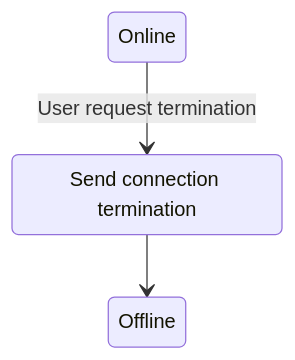
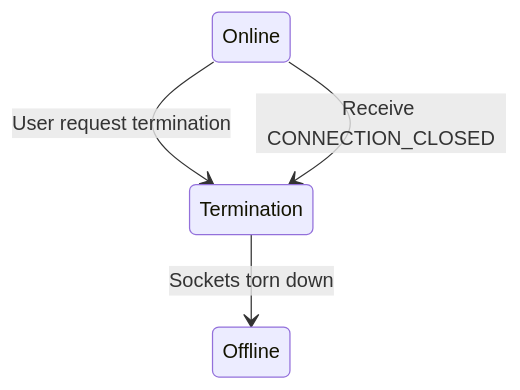
The third of 4 diagrams in RFC.md (UQAC-Homework/8djv104_tp2), drawn with Mermaid before and after one commit. The commit also changed other lines of this file, not shown here.

Commit message:
client disconnect

````diff
--- a/RFC.md
+++ b/RFC.md
@@ -548,11 +548,6 @@
 ```mermaid
----
-title:
----
 stateDiagram-v2
-	Offline
-	Online
-	Termination: Send connection termination
-	Online --> Termination: User request termination
-	Termination --> Offline
+    Online --> Termination: User request termination
+    Online --> Termination: Receive CONNECTION_CLOSED
+    Termination --> Offline: Sockets torn down
 ```
````
